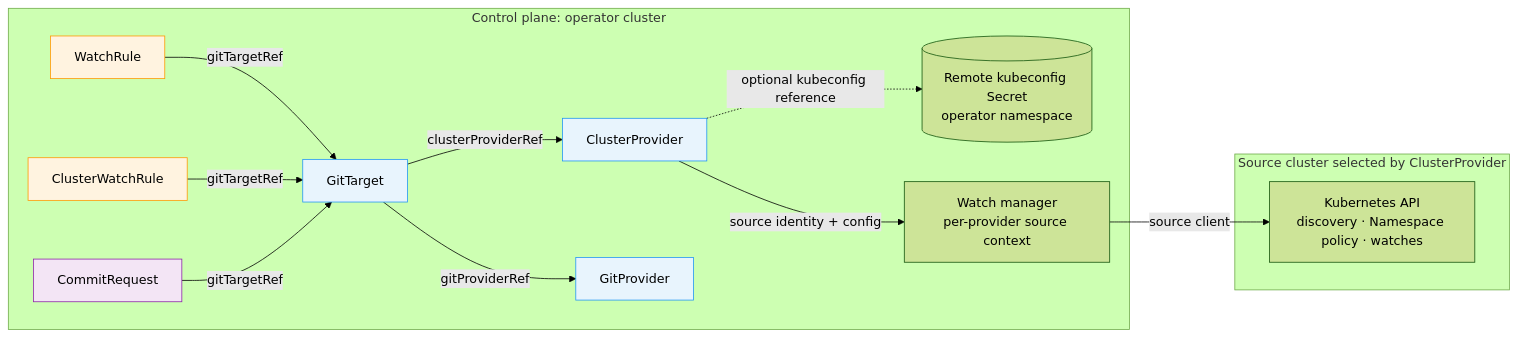
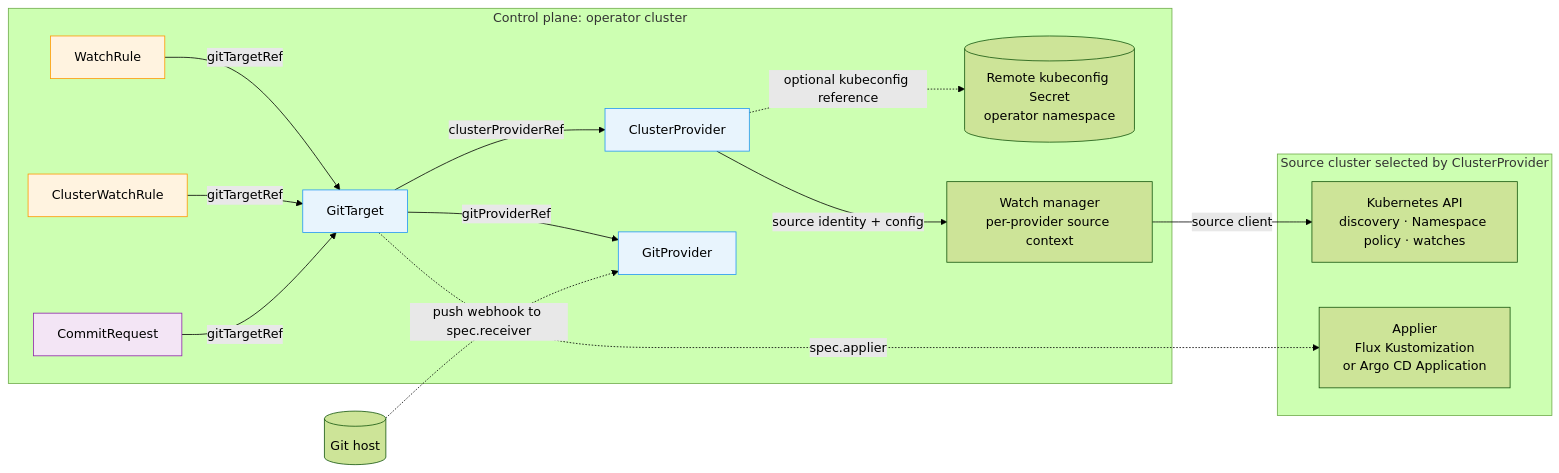
Before and after one commit to ConfigButler/gitops-reverser: the first of 6 diagrams in docs/architecture.md, drawn with Mermaid (forest theme). The commit also changed other lines of this file and 123 other files, not shown here.

First line of the commit message:
feat!: GitOps Reverser decides when Flux or Argo CD applies a folder (#419)

````diff
--- a/docs/architecture.md
+++ b/docs/architecture.md
@@ -240,27 +261,32 @@
 ```mermaid
 graph LR
     subgraph CONTROL["Control plane: operator cluster"]
         WR[WatchRule] -->|gitTargetRef| GT[GitTarget]
         CWR[ClusterWatchRule] -->|gitTargetRef| GT
         CR[CommitRequest] -->|gitTargetRef| GT
         GT -->|clusterProviderRef| CP[ClusterProvider]
         GT -->|gitProviderRef| GP[GitProvider]
         KCFG[("Remote kubeconfig Secret\noperator namespace")]
         WM["Watch manager\nper-provider source context"]
     end
 
     subgraph SOURCE["Source cluster selected by ClusterProvider"]
         API["Kubernetes API\ndiscovery · Namespace policy · watches"]
+        APPLIER["Applier\nFlux Kustomization\nor Argo CD Application"]
     end
+
+    HOST[("Git host")]
 
     CP -. "optional kubeconfig reference" .-> KCFG
     CP -->|"source identity + config"| WM
     WM -->|"source client"| API
+    GT -. "spec.applier" .-> APPLIER
+    HOST -. "push webhook to spec.receiver" .-> GP
 
     style GP fill:#e8f4fd,stroke:#2196f3
     style CP fill:#e8f4fd,stroke:#2196f3
     style GT fill:#e8f4fd,stroke:#2196f3
     style WR fill:#fff3e0,stroke:#ff9800
     style CWR fill:#fff3e0,stroke:#ff9800
     style CR fill:#f3e5f5,stroke:#8e24aa
 ```
````
